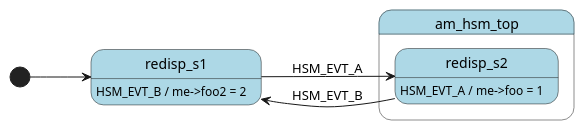
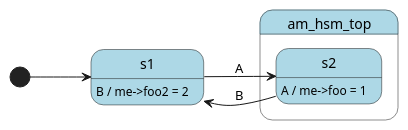
Before and after one commit to adel-mamin/amast: the eighth of 9 diagrams in libs/hsm/README.rst, drawn with PlantUML. The commit also changed other lines of this file and 1 other file, not shown here.

Commit message:
Add cosmetic changes to libs/hsm/README.rst

```diff
--- a/libs/hsm/README.rst
+++ b/libs/hsm/README.rst
@@ -762,20 +763,20 @@
 .. uml::
 
     @startuml
 
     left to right direction
 
-    [*] --> redisp_s1
+    [*] --> s1
 
     state am_hsm_top #LightBlue {
-        state redisp_s1 #LightBlue
-        state redisp_s2 #LightBlue
+        state s1 #LightBlue
+        state s2 #LightBlue
     }
 
-    redisp_s1 --> redisp_s2 : HSM_EVT_A
-    redisp_s1 : HSM_EVT_B / me->foo2 = 2
+    s1 --> s2 : A
+    s1 : B / me->foo2 = 2
 
-    redisp_s2 --> redisp_s1 : HSM_EVT_B
-    redisp_s2 : HSM_EVT_A / me->foo = 1
+    s2 --> s1 : B
+    s2 : A / me->foo = 1
 
     @enduml
```
